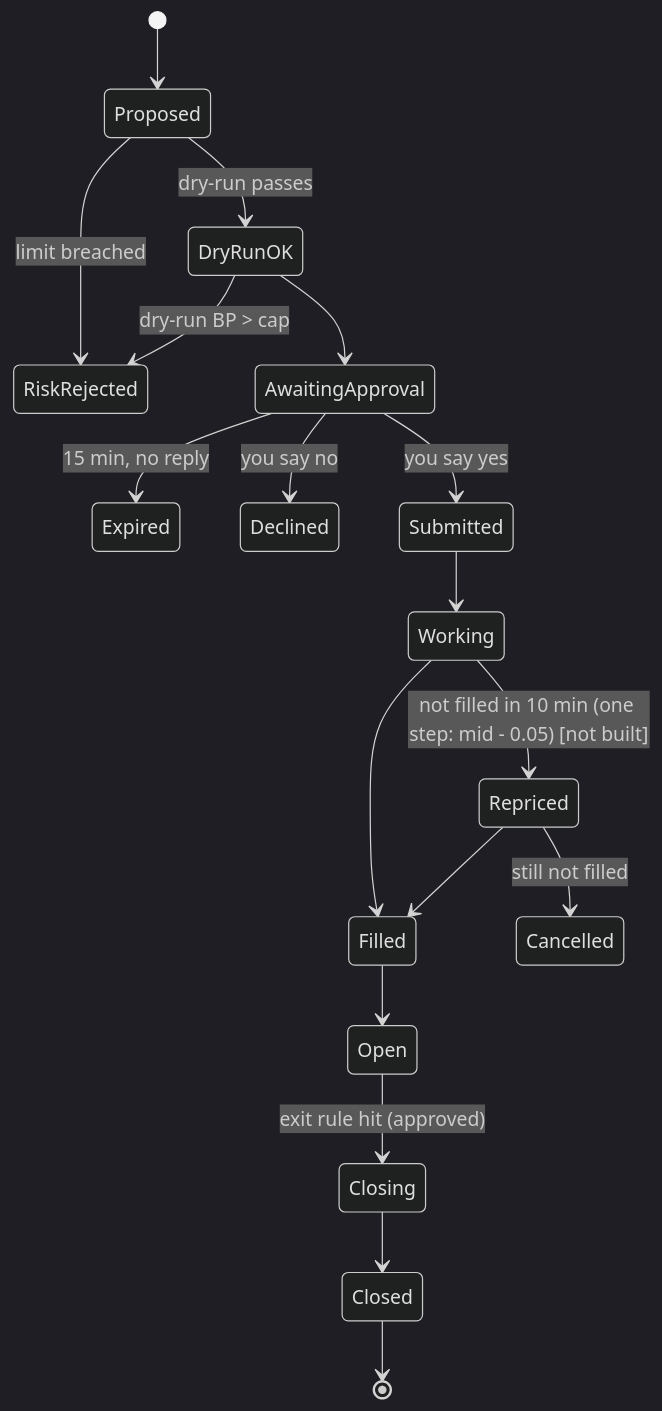
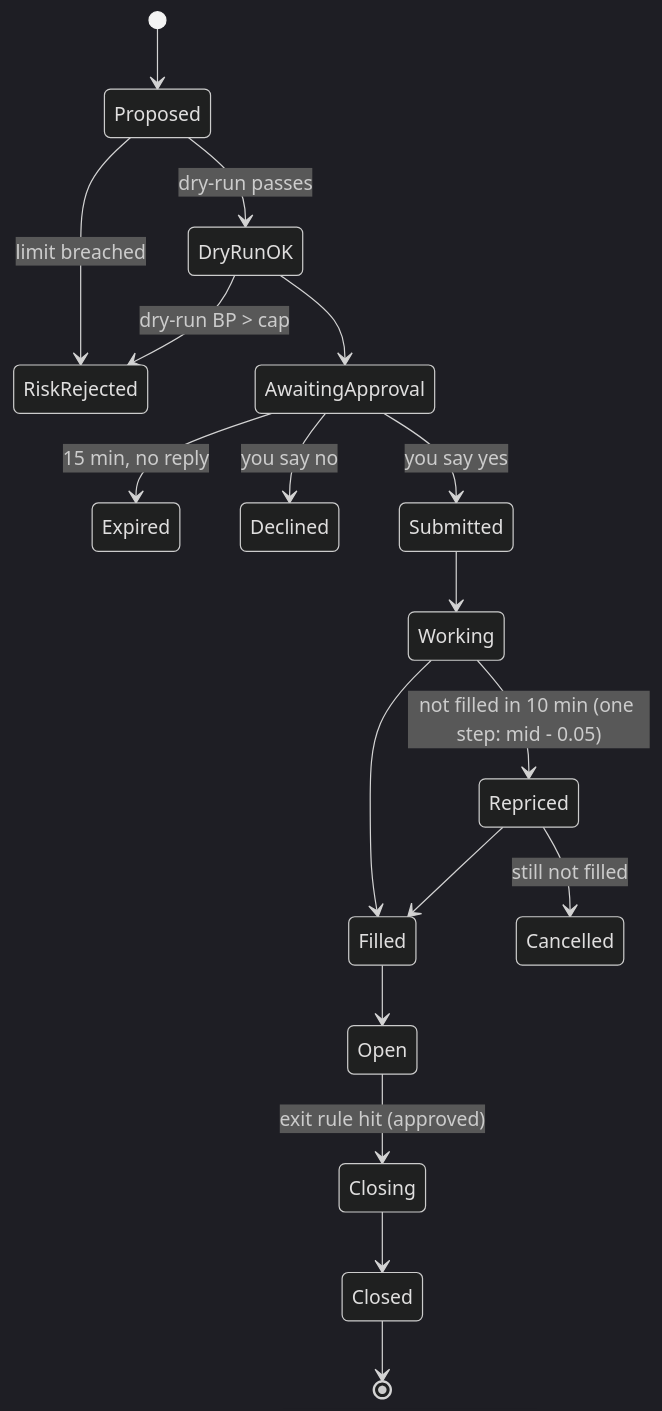
One commit to viplovegujrathi/trading-agent changed the second of 2 diagrams in architecture.md. Above: the diagram before and after it, drawn with Mermaid (dark theme). The commit also changed 10 other files, not shown here.

````diff
--- a/architecture.md
+++ b/architecture.md
@@ -65,20 +65,20 @@
 ```mermaid
 stateDiagram-v2
     [*] --> Proposed
     Proposed --> RiskRejected: limit breached
     Proposed --> DryRunOK: dry-run passes
     DryRunOK --> RiskRejected: dry-run BP > cap
     DryRunOK --> AwaitingApproval
     AwaitingApproval --> Expired: 15 min, no reply
     AwaitingApproval --> Declined: you say no
     AwaitingApproval --> Submitted: you say yes
     Submitted --> Working
     Working --> Filled
-    Working --> Repriced: not filled in 10 min (one step: mid - 0.05) [not built]
+    Working --> Repriced: not filled in 10 min (one step: mid - 0.05)
     Repriced --> Filled
     Repriced --> Cancelled: still not filled
     Filled --> Open
     Open --> Closing: exit rule hit (approved)
     Closing --> Closed
     Closed --> [*]
 ```
````
